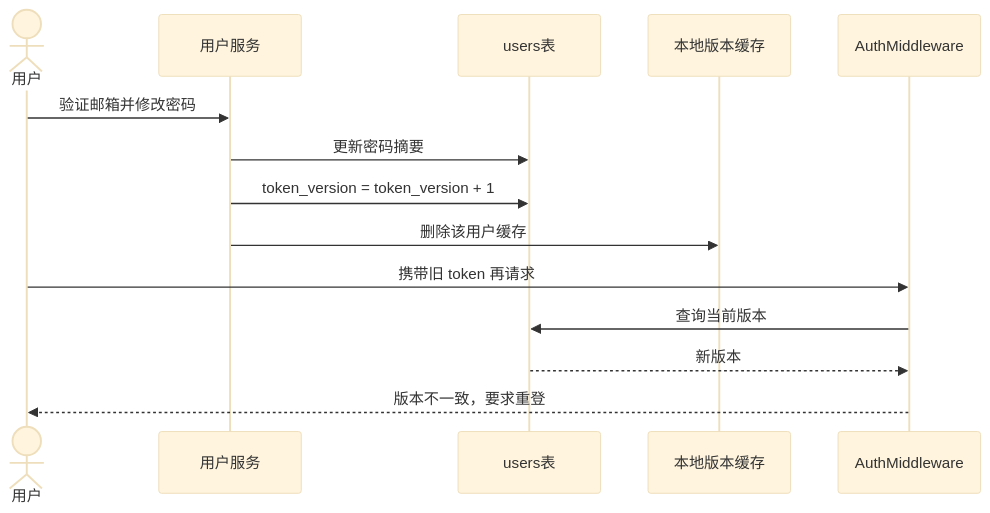
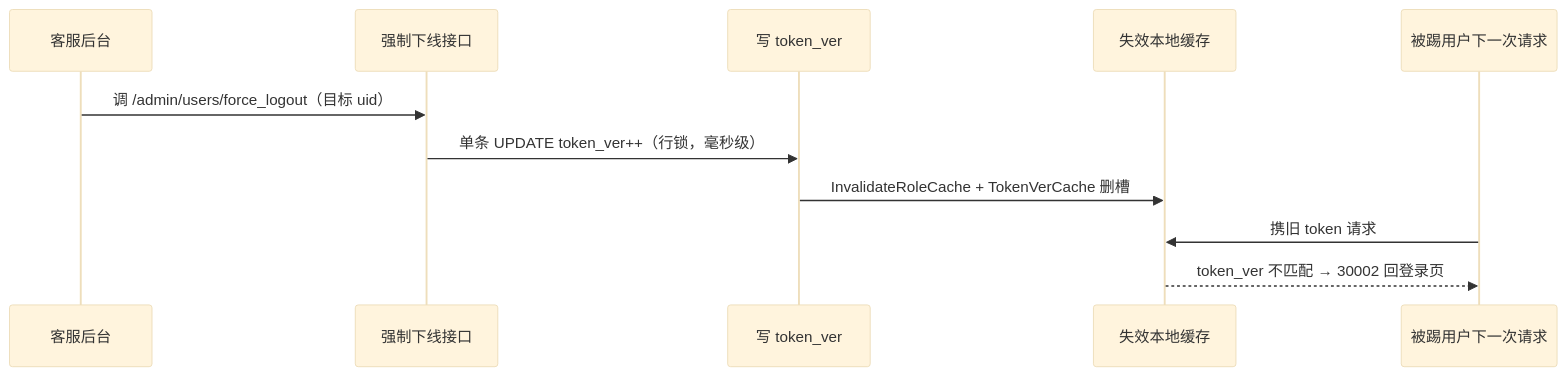
One commit to RedInn7/gomall changed the sixth of 6 diagrams in docs/lecture/01-user-auth.md. Above: the diagram before and after it, drawn with Mermaid (base theme). The commit also changed other lines of this file, not shown here.

Commit message:
docs: restore detailed user auth lecture

````diff
--- a/docs/lecture/01-user-auth.md
+++ b/docs/lecture/01-user-auth.md
@@ -165,16 +634,14 @@
 ```mermaid
 sequenceDiagram
-    actor U as 用户
-    participant S as 用户服务
-    participant D as users表
-    participant C as 本地版本缓存
-    participant A as AuthMiddleware
-    U->>S: 验证邮箱并修改密码
-    S->>D: 更新密码摘要
-    S->>D: token_version = token_version + 1
-    S->>C: 删除该用户缓存
-    U->>A: 携带旧 token 再请求
-    A->>D: 查询当前版本
-    D-->>A: 新版本
-    A-->>U: 版本不一致，要求重登
+    participant CS as 客服后台
+    participant API as 强制下线接口
+    participant DB as 写 token_ver
+    participant Cache as 失效本地缓存
+    participant U as 被踢用户下一次请求
+
+    CS->>API: 调 /admin/users/force_logout（目标 uid）
+    API->>DB: 单条 UPDATE token_ver++（行锁，毫秒级）
+    DB->>Cache: InvalidateRoleCache + TokenVerCache 删槽
+    U->>Cache: 携旧 token 请求
+    Cache-->>U: token_ver 不匹配 → 30002 回登录页
 ```
````
